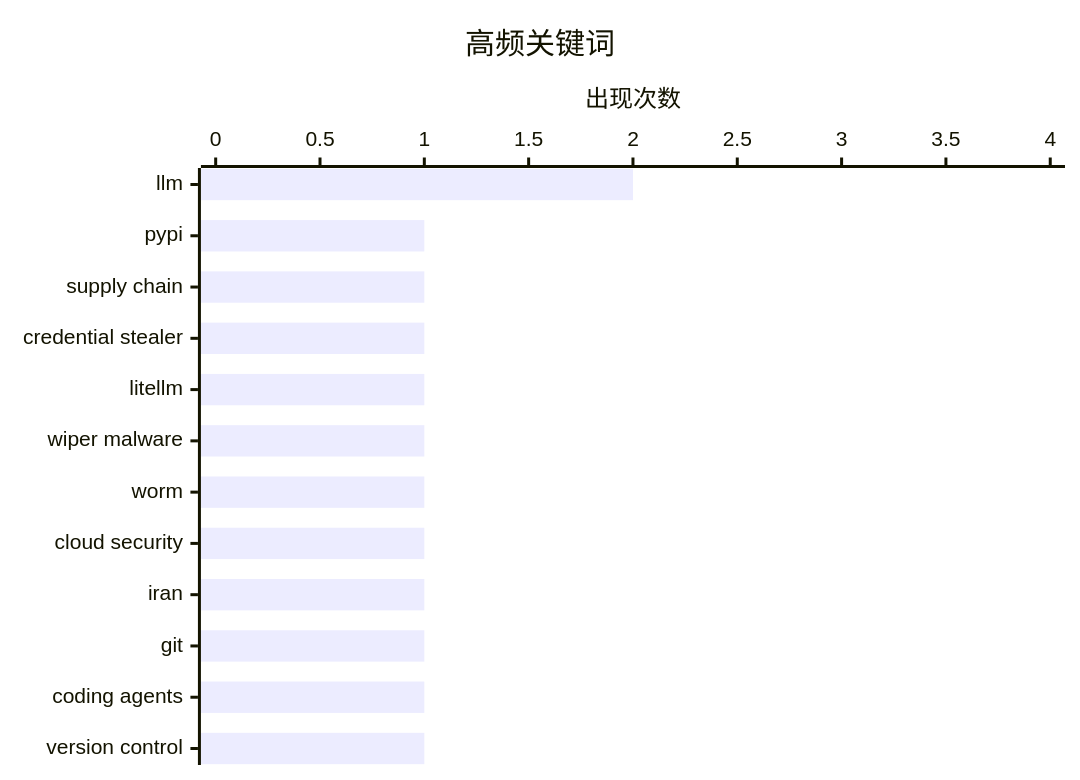
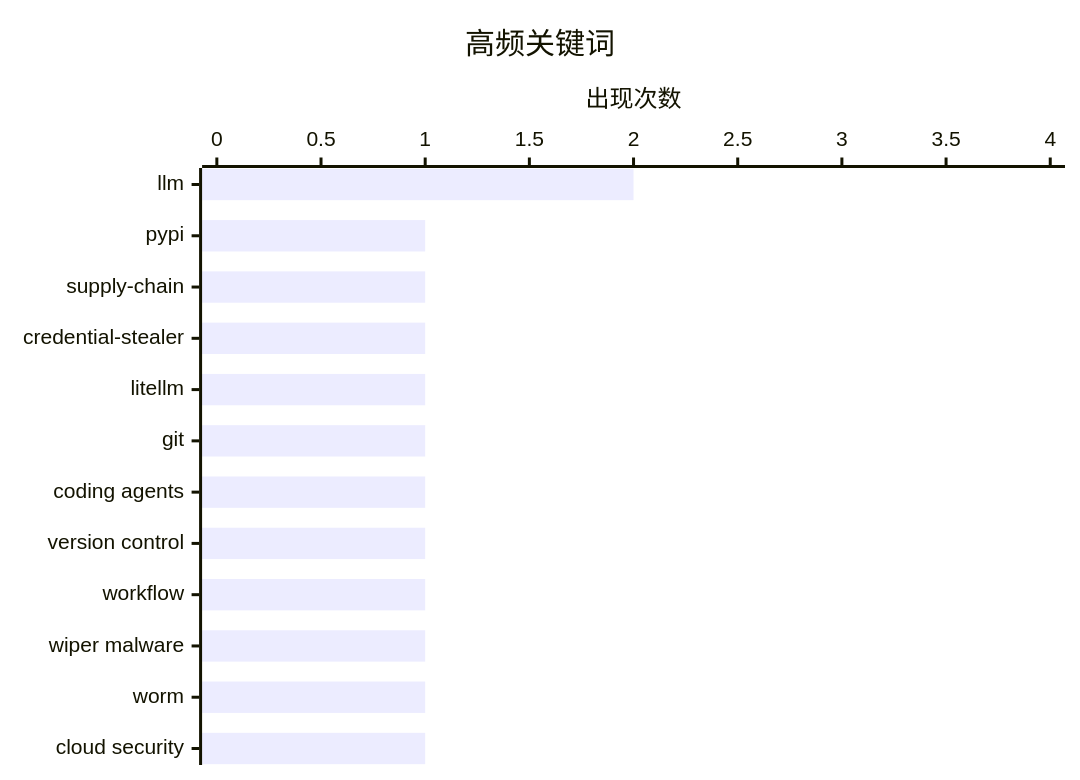
The second of 2 diagrams in content/ai-daily/2026-03-22.md (originem0/SZBlog), drawn with Mermaid before and after one commit. The commit also changed other lines of this file, not shown here.

````diff
--- a/content/ai-daily/2026-03-22.md
+++ b/content/ai-daily/2026-03-22.md
@@ -67,7 +66,7 @@
 ```mermaid
 xychart-beta horizontal
     title "高频关键词"
-    x-axis ["llm", "pypi", "supply chain", "credential stealer", "litellm", "wiper malware", "worm", "cloud security", "iran", "git", "coding agents", "version control"]
+    x-axis ["llm", "pypi", "supply-chain", "credential-stealer", "litellm", "git", "coding agents", "version control", "workflow", "wiper malware", "worm", "cloud security"]
     y-axis "出现次数" 0 --> 4
     bar [2, 1, 1, 1, 1, 1, 1, 1, 1, 1, 1, 1]
 ```
````
